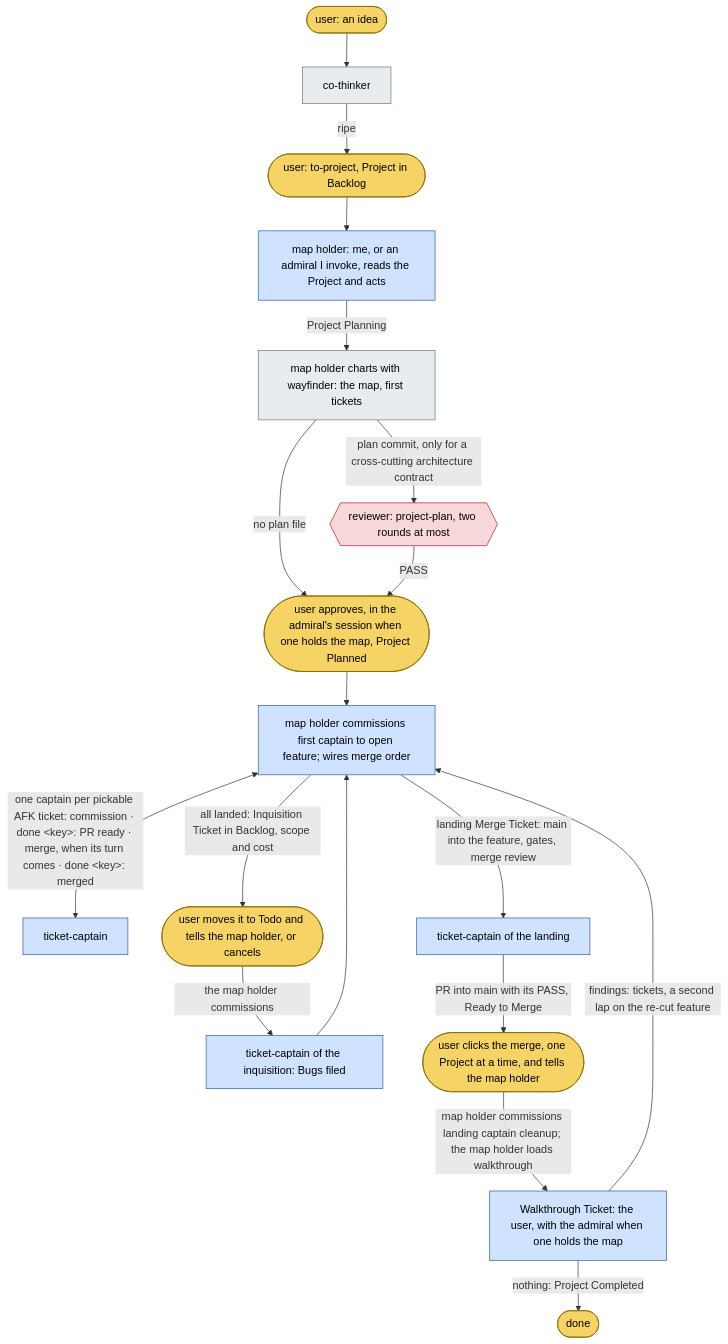
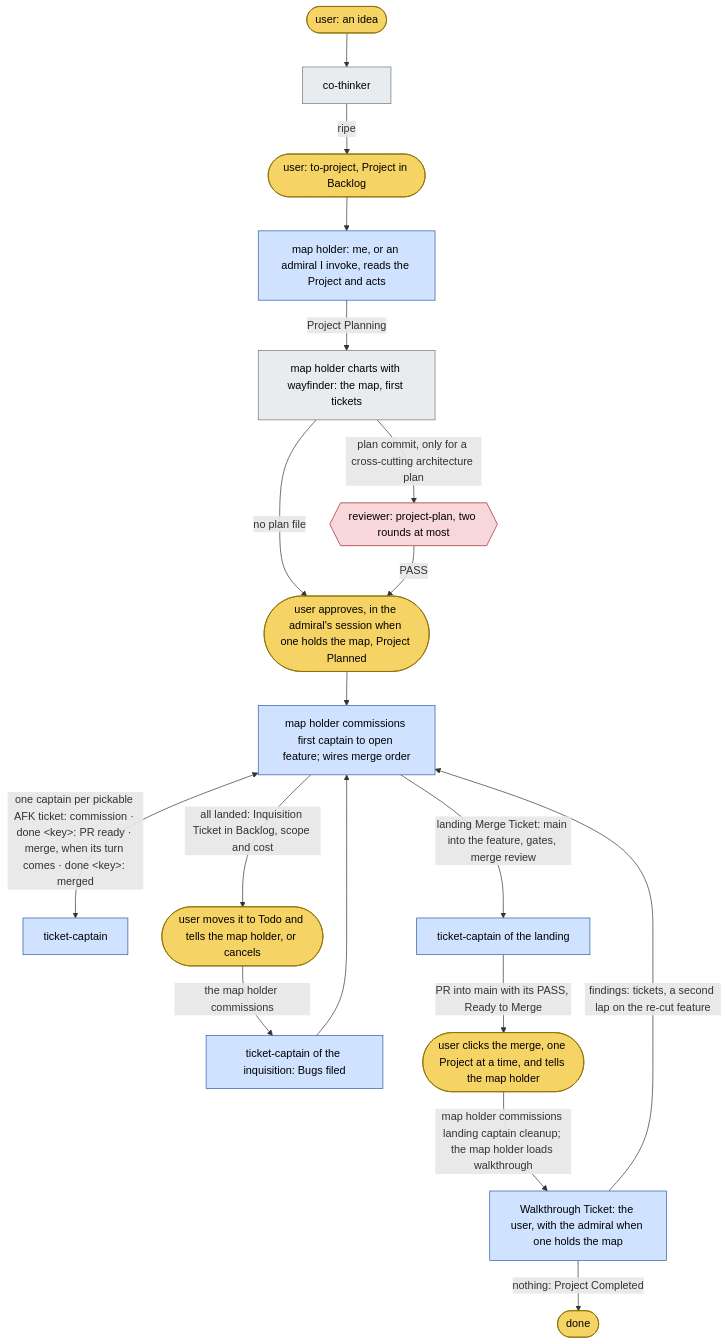
The first of 2 diagrams in README.md (BalazsOrg/dydo), drawn with Mermaid before and after one commit. The commit also changed 42 other files, not shown here.

First line of the commit message:
DYD-1077 implement: L0 renames - working-tree standard, architecture plan, principles

````diff
--- a/README.md
+++ b/README.md
@@ -85,26 +85,26 @@
 ```mermaid
 flowchart TD
   classDef human fill:#f6d365,stroke:#8a6d00,color:#000
   classDef session fill:#e9ecef,stroke:#6c757d,color:#000
   classDef officer fill:#cfe2ff,stroke:#2c5aa0,color:#000
   classDef crew fill:#d4edda,stroke:#2e7d32,color:#000
   classDef reviewer fill:#f8d7da,stroke:#a71d2a,color:#000
 
   H0([user: an idea]):::human --> CT[co-thinker]:::session
   CT -->|ripe| TP([user: to-project, Project in Backlog]):::human
   TP --> AD[map holder: me, or an admiral I invoke, reads the Project and acts]:::officer
   AD -->|Project Planning| PP[map holder charts with wayfinder: the map, first tickets]:::session
-  PP -->|plan commit, only for a cross-cutting architecture contract| RP{{reviewer: project-plan, two rounds at most}}:::reviewer
+  PP -->|plan commit, only for a cross-cutting architecture plan| RP{{reviewer: project-plan, two rounds at most}}:::reviewer
   PP -->|no plan file| H1
   RP -->|PASS| H1([user approves, in the admiral's session when one holds the map, Project Planned]):::human
   H1 --> OP[map holder commissions first captain to open feature; wires merge order]:::officer
   OP <-->|"one captain per pickable AFK ticket: commission · done &lt;key&gt;: PR ready · merge, when its turn comes · done &lt;key&gt;: merged"| IC[ticket-captain]:::officer
   OP -->|all landed: Inquisition Ticket in Backlog, scope and cost| H2([user moves it to Todo and tells the map holder, or cancels]):::human
   H2 -->|the map holder commissions| IQ[ticket-captain of the inquisition: Bugs filed]:::officer
   IQ --> OP
   OP -->|landing Merge Ticket: main into the feature, gates, merge review| LM[ticket-captain of the landing]:::officer
   LM -->|PR into main with its PASS, Ready to Merge| H3([user clicks the merge, one Project at a time, and tells the map holder]):::human
   H3 -->|map holder commissions landing captain cleanup; the map holder loads walkthrough| WT[Walkthrough Ticket: the user, with the admiral when one holds the map]:::officer
   WT -->|findings: tickets, a second lap on the re-cut feature| OP
   WT -->|nothing: Project Completed| END([done]):::human
 ```
````
